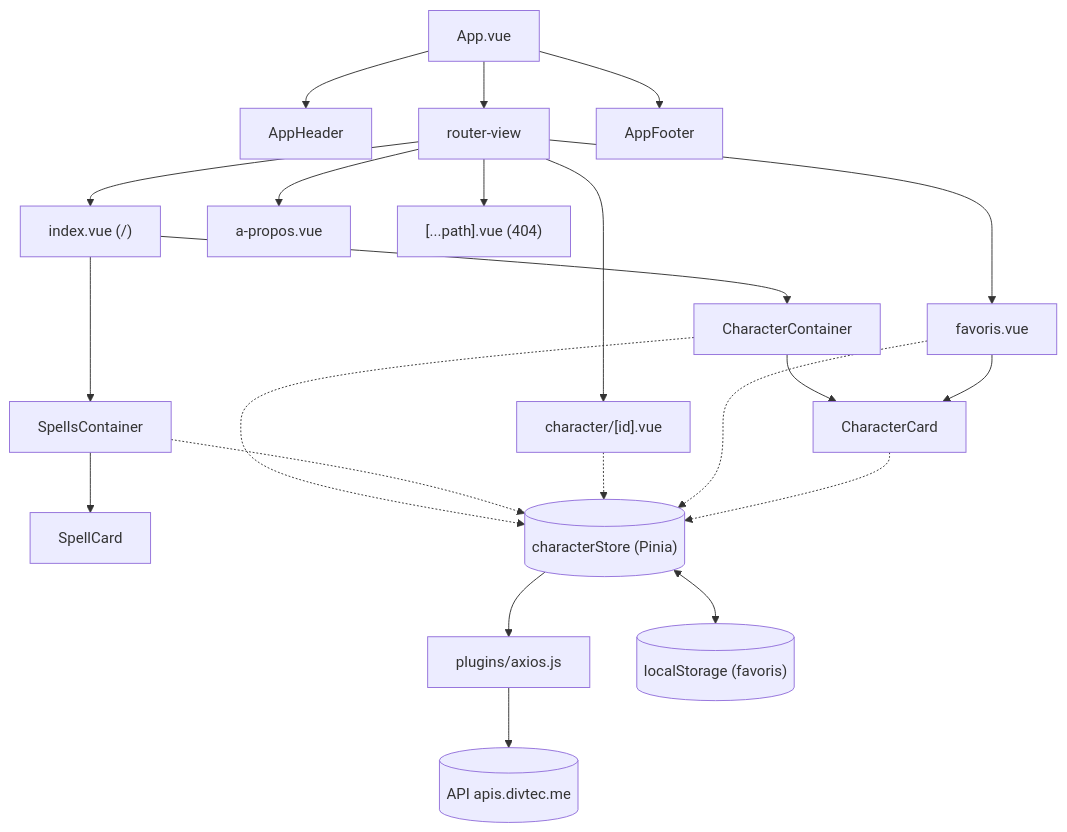
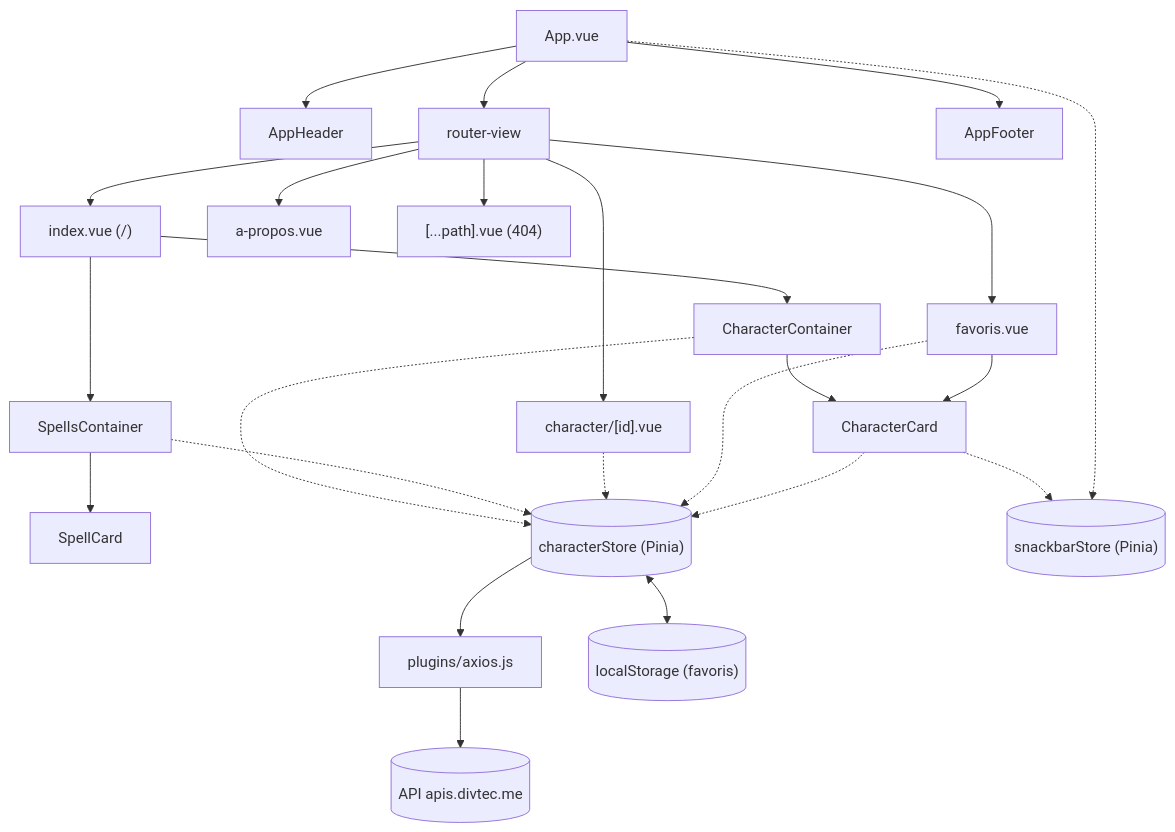
Before and after one commit to MatteoPiquerez/294-projet-harry-potter-piqumat: the first of 2 diagrams in README.md, drawn with Mermaid. The commit also changed other lines of this file and 1 other file, not shown here.

````diff
--- a/README.md
+++ b/README.md
@@ -261,26 +283,30 @@
 ```mermaid
 flowchart TD
     App["App.vue"] --> Header["AppHeader"]
     App --> Router["router-view"]
     App --> Footer["AppFooter"]
 
     Router --> Index["index.vue (/)"]
     Router --> Detail["character/[id].vue"]
     Router --> Fav["favoris.vue"]
     Router --> About["a-propos.vue"]
     Router --> NotFound["[...path].vue (404)"]
 
     Index --> CC["CharacterContainer"] --> Card["CharacterCard"]
     Index --> SC["SpellsContainer"] --> Spell["SpellCard"]
     Fav --> Card
 
     Store[("characterStore (Pinia)")]
     CC -.-> Store
     SC -.-> Store
     Detail -.-> Store
     Fav -.-> Store
     Card -.-> Store
 
     Store --> Axios["plugins/axios.js"] --> API[("API apis.divtec.me")]
     Store <--> LS[("localStorage (favoris)")]
+
+    Snack[("snackbarStore (Pinia)")]
+    Card -.-> Snack
+    App -.-> Snack
 ```
````
